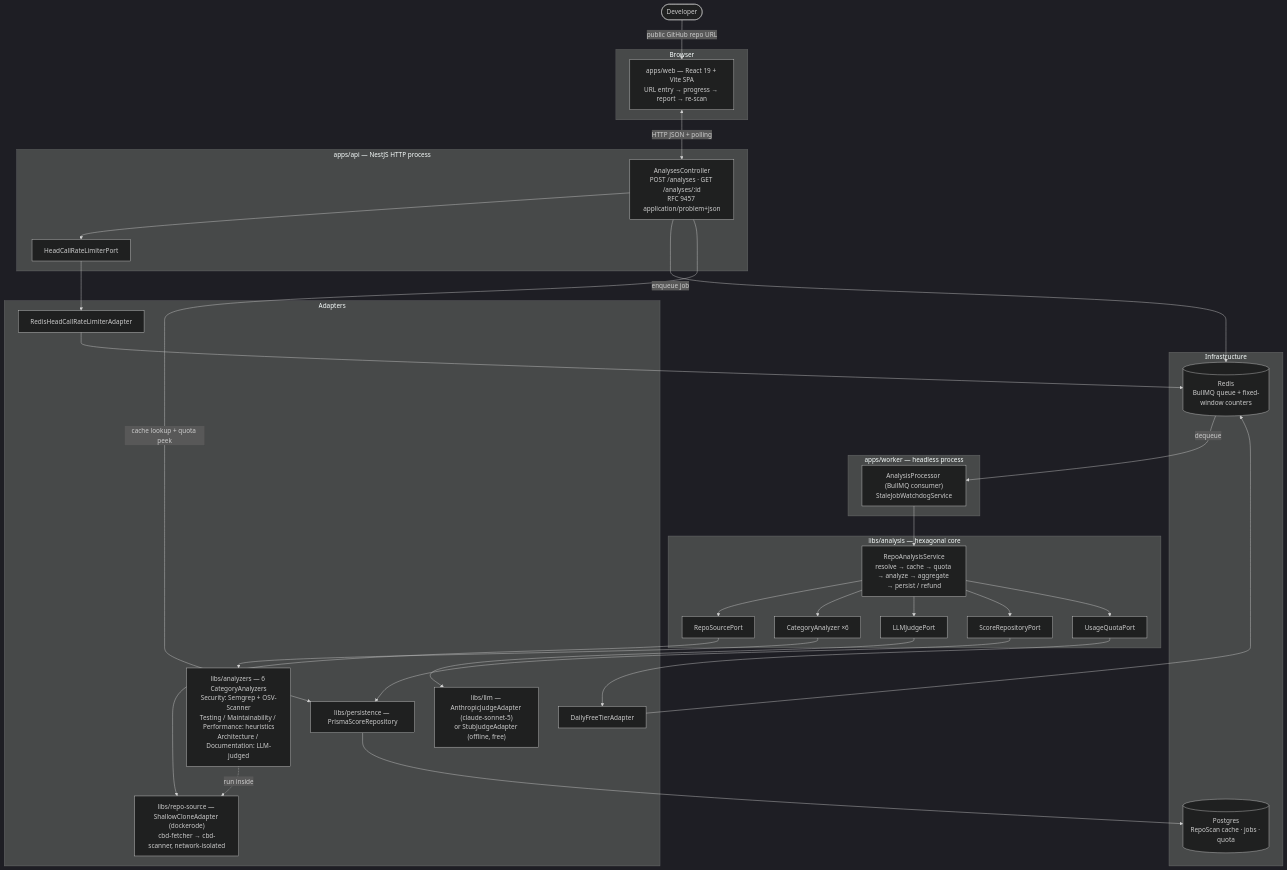
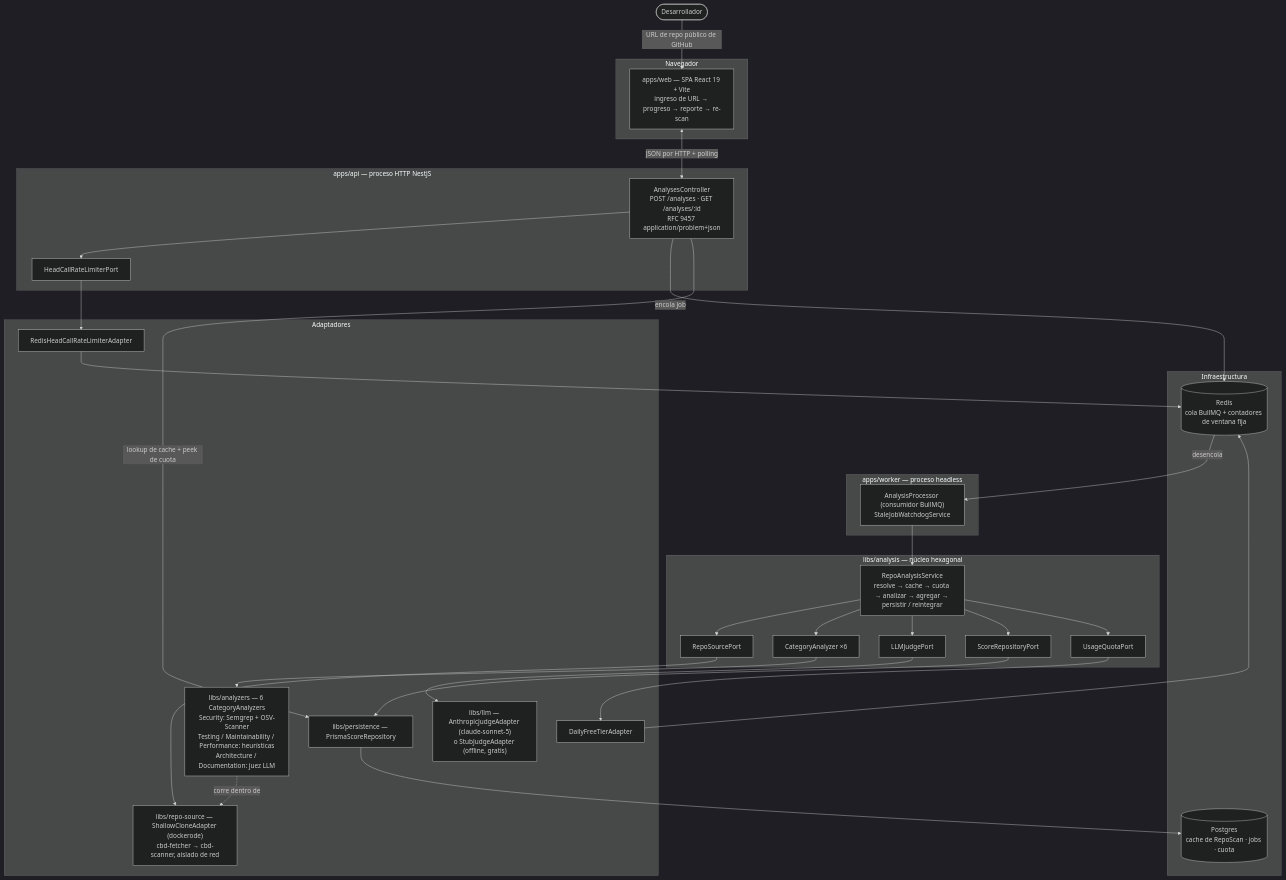
One commit to NogFait/CodeBaseDoctor changed the diagram in README.md. Above: the diagram before and after it, drawn with Mermaid (dark theme). The commit also changed other lines of this file, not shown here.

````diff
--- a/README.md
+++ b/README.md
@@ -60,56 +60,56 @@
 ```mermaid
 flowchart TD
-    User([Developer])
+    User([Desarrollador])
 
-    subgraph client [Browser]
-        SPA["apps/web — React 19 + Vite SPA<br/>URL entry → progress → report → re-scan"]
+    subgraph client [Navegador]
+        SPA["apps/web — SPA React 19 + Vite<br/>ingreso de URL → progreso → reporte → re-scan"]
     end
 
-    subgraph apiproc [apps/api — NestJS HTTP process]
+    subgraph apiproc [apps/api — proceso HTTP NestJS]
         API["AnalysesController<br/>POST /analyses · GET /analyses/:id<br/>RFC 9457 application/problem+json"]
         RL["HeadCallRateLimiterPort"]
     end
 
-    subgraph workerproc [apps/worker — headless process]
-        WK["AnalysisProcessor (BullMQ consumer)<br/>StaleJobWatchdogService"]
+    subgraph workerproc [apps/worker — proceso headless]
+        WK["AnalysisProcessor (consumidor BullMQ)<br/>StaleJobWatchdogService"]
     end
 
-    subgraph domain [libs/analysis — hexagonal core]
-        SVC["RepoAnalysisService<br/>resolve → cache → quota → analyze → aggregate → persist / refund"]
+    subgraph domain [libs/analysis — núcleo hexagonal]
+        SVC["RepoAnalysisService<br/>resolve → cache → cuota → analizar → agregar → persistir / reintegrar"]
         RS["RepoSourcePort"]
         CA["CategoryAnalyzer ×6"]
         LJ["LLMJudgePort"]
         SR["ScoreRepositoryPort"]
         UQ["UsageQuotaPort"]
     end
 
-    subgraph adapters [Adapters]
-        CLONE["libs/repo-source — ShallowCloneAdapter (dockerode)<br/>cbd-fetcher → cbd-scanner, network-isolated"]
-        ANALYZERS["libs/analyzers — 6 CategoryAnalyzers<br/>Security: Semgrep + OSV-Scanner<br/>Testing / Maintainability / Performance: heuristics<br/>Architecture / Documentation: LLM-judged"]
-        JUDGE["libs/llm — AnthropicJudgeAdapter (claude-sonnet-5)<br/>or StubJudgeAdapter (offline, free)"]
+    subgraph adapters [Adaptadores]
+        CLONE["libs/repo-source — ShallowCloneAdapter (dockerode)<br/>cbd-fetcher → cbd-scanner, aislado de red"]
+        ANALYZERS["libs/analyzers — 6 CategoryAnalyzers<br/>Security: Semgrep + OSV-Scanner<br/>Testing / Maintainability / Performance: heurísticas<br/>Architecture / Documentation: juez LLM"]
+        JUDGE["libs/llm — AnthropicJudgeAdapter (claude-sonnet-5)<br/>o StubJudgeAdapter (offline, gratis)"]
         PRISMA["libs/persistence — PrismaScoreRepository"]
         QUOTA["DailyFreeTierAdapter"]
         RLA["RedisHeadCallRateLimiterAdapter"]
     end
 
-    subgraph infra [Infrastructure]
-        REDIS[("Redis<br/>BullMQ queue + fixed-window counters")]
-        PG[("Postgres<br/>RepoScan cache · jobs · quota")]
+    subgraph infra [Infraestructura]
+        REDIS[("Redis<br/>cola BullMQ + contadores de ventana fija")]
+        PG[("Postgres<br/>cache de RepoScan · jobs · cuota")]
     end
 
-    User -->|public GitHub repo URL| SPA
-    SPA <-->|HTTP JSON + polling| API
+    User -->|URL de repo público de GitHub| SPA
+    SPA <-->|JSON por HTTP + polling| API
 
     API --> RL --> RLA --> REDIS
-    API -->|enqueue job| REDIS
-    API -->|cache lookup + quota peek| PRISMA
-    REDIS -->|dequeue| WK --> SVC
+    API -->|encola job| REDIS
+    API -->|lookup de cache + peek de cuota| PRISMA
+    REDIS -->|desencola| WK --> SVC
 
     SVC --> RS --> CLONE
     SVC --> CA --> ANALYZERS
     SVC --> LJ --> JUDGE
     SVC --> SR --> PRISMA --> PG
     SVC --> UQ --> QUOTA --> REDIS
 
-    ANALYZERS -. run inside .-> CLONE
+    ANALYZERS -. corre dentro de .-> CLONE
 ```
````
